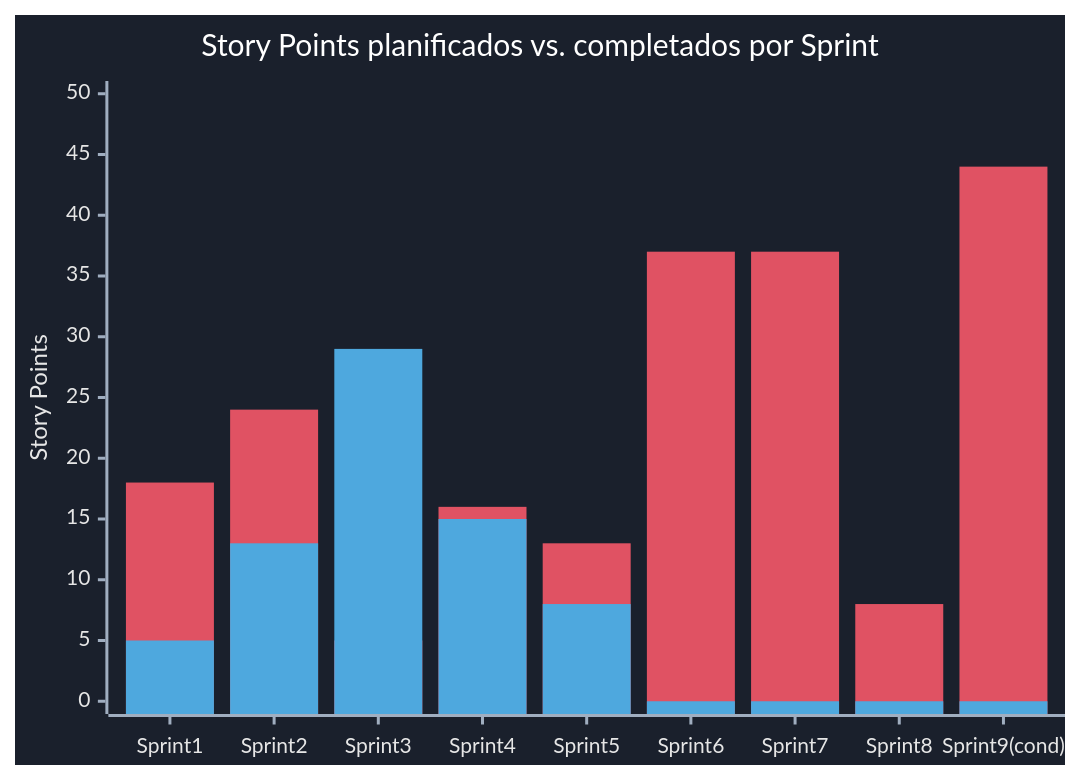
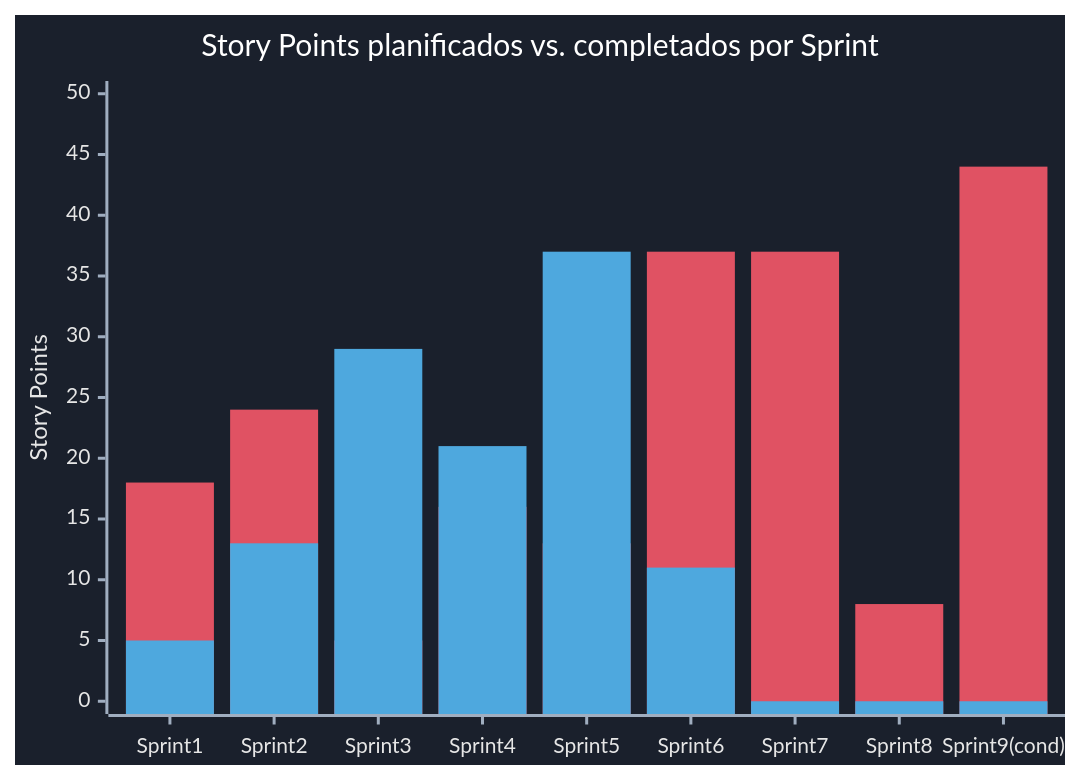
The third of 3 diagrams in docs/dashboard-avance-edt.md (VED-VirtualExperienceDevelopment/bistrolink), drawn with Mermaid before and after one commit. The commit also changed other lines of this file, not shown here.

````diff
--- a/docs/dashboard-avance-edt.md
+++ b/docs/dashboard-avance-edt.md
@@ -126,24 +126,24 @@
 ```mermaid
 %%{init: {'theme':'base', 'themeVariables': {
   'background': '#1a202c',
   'xyChart': {
     'backgroundColor': '#1a202c',
     'titleColor': '#ffffff',
     'xAxisLabelColor': '#e6e6e6',
     'xAxisTitleColor': '#e6e6e6',
     'xAxisTickColor': '#a0aec0',
     'xAxisLineColor': '#a0aec0',
     'yAxisLabelColor': '#e6e6e6',
     'yAxisTitleColor': '#e6e6e6',
     'yAxisTickColor': '#a0aec0',
     'yAxisLineColor': '#a0aec0',
     'plotColorPalette': '#e05263, #4ea8de'
   }
 }}}%%
 xychart-beta
     title "Story Points planificados vs. completados por Sprint"
     x-axis [Sprint1, Sprint2, Sprint3, Sprint4, Sprint5, Sprint6, Sprint7, Sprint8, "Sprint9(cond)"]
     y-axis "Story Points" 0 --> 50
     bar "Planificado" [18, 24, 5, 16, 13, 37, 37, 8, 44]
-    bar "Completado" [5, 13, 29, 15, 8, 0, 0, 0, 0]
+    bar "Completado" [5, 13, 29, 21, 37, 11, 0, 0, 0]
 ```
````
